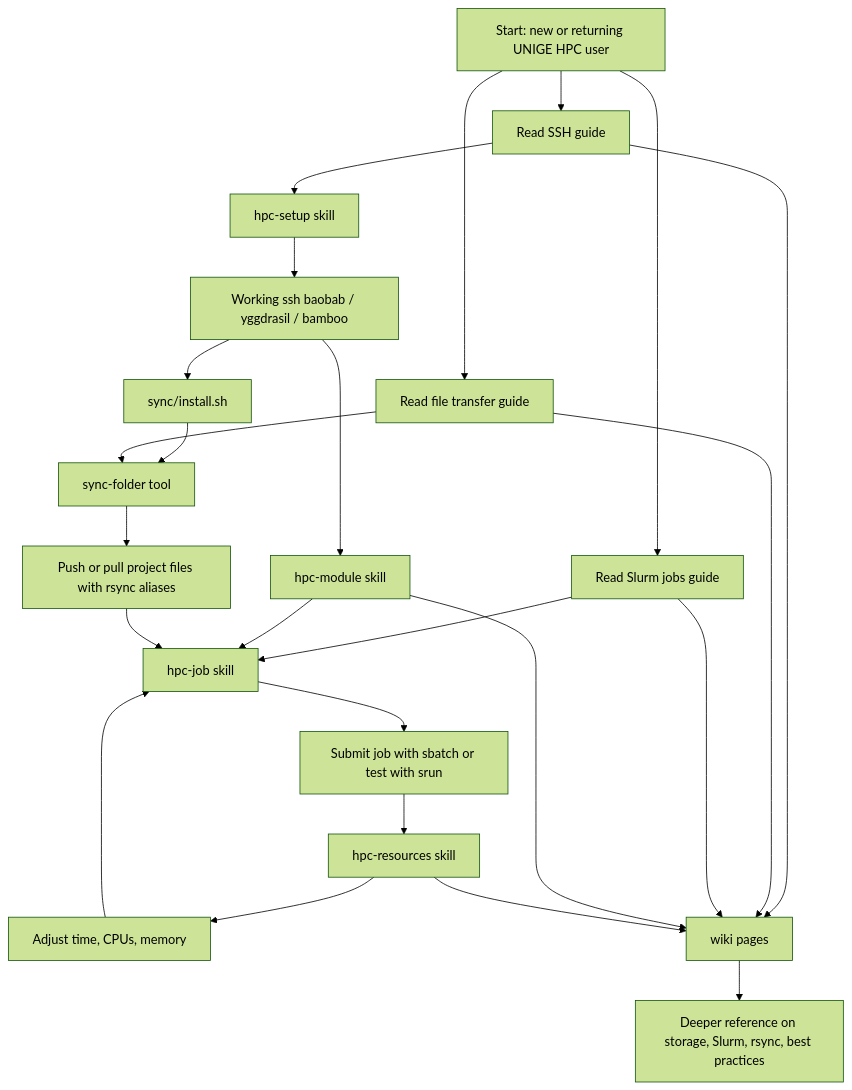
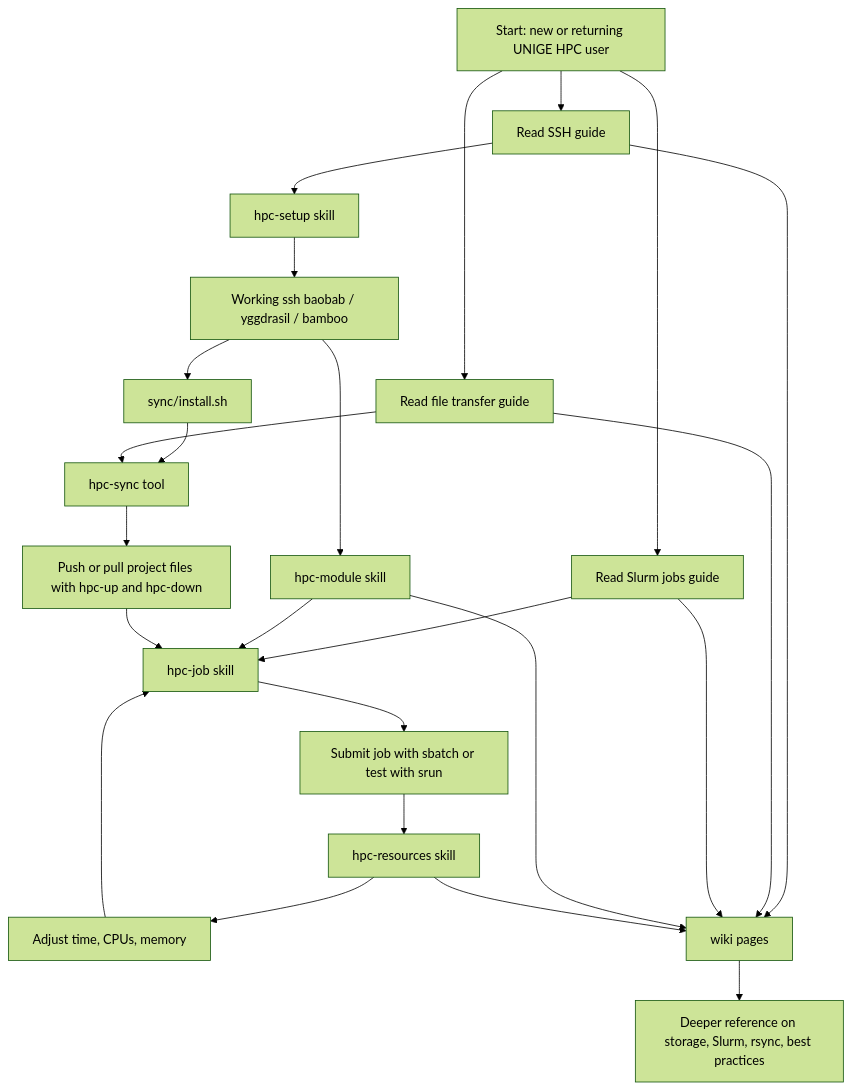
The diagram in README.md (pascalamiet/hpc-unige), drawn with Mermaid (forest theme) before and after one commit. The commit also changed other lines of this file and 3 other files, not shown here.

Commit message:
feat(sync): rename project sync commands

````diff
--- a/README.md
+++ b/README.md
@@ -60,31 +60,31 @@
 ```mermaid
 flowchart TD
     A[Start: new or returning UNIGE HPC user] --> B[Read SSH guide]
     A --> C[Read file transfer guide]
     A --> D[Read Slurm jobs guide]
 
     B --> E[hpc-setup skill]
     E --> F[Working ssh baobab / yggdrasil / bamboo]
 
     F --> G[sync/install.sh]
-    G --> H[sync-folder tool]
+    G --> H[hpc-sync tool]
     C --> H
-    H --> I[Push or pull project files with rsync aliases]
+    H --> I[Push or pull project files with hpc-up and hpc-down]
 
     F --> J[hpc-module skill]
     D --> K[hpc-job skill]
     J --> K
     I --> K
     K --> L[Submit job with sbatch or test with srun]
 
     L --> M[hpc-resources skill]
     M --> N[Adjust time, CPUs, memory]
     N --> K
 
     B --> O[wiki pages]
     C --> O
     D --> O
     J --> O
     M --> O
     O --> P[Deeper reference on storage, Slurm, rsync, best practices]
 ```
````
